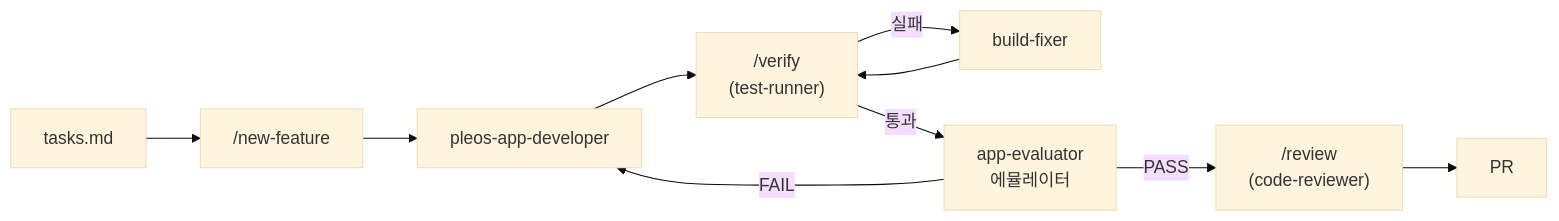
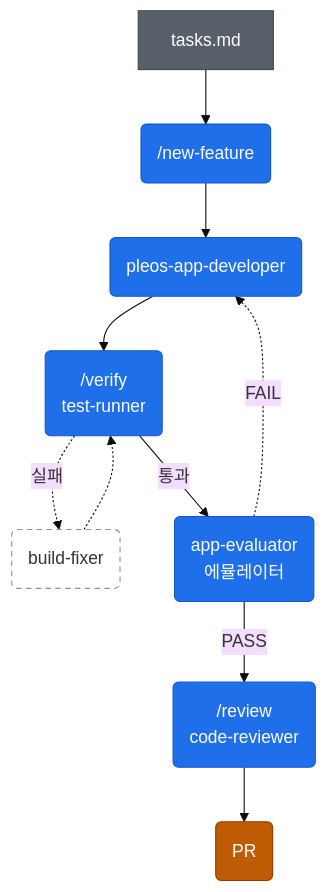
The diagram in .claude/README.md (JoisFe/deja-vroom), drawn with Mermaid (base theme) before and after one commit. The commit also changed other lines of this file and 17 other files, not shown here.

First line of the commit message:
문서 다이어그램을 색·모양 규칙에 맞춰 다시 그리고 코드와 다른 설명 정리

````diff
--- a/.claude/README.md
+++ b/.claude/README.md
@@ -5,10 +7,17 @@
 ```mermaid
-flowchart LR
-    T["tasks.md"] --> NF["/new-feature"]
-    NF --> DEV["pleos-app-developer"]
-    DEV --> V["/verify<br/>(test-runner)"]
-    V -->|실패| BF["build-fixer"] --> V
-    V -->|통과| EV["app-evaluator<br/>에뮬레이터"]
-    EV -->|FAIL| DEV
-    EV -->|PASS| RV["/review<br/>(code-reviewer)"] --> PR["PR"]
+flowchart TB
+    T["tasks.md"]:::config --> NF("/new-feature"):::app
+    NF --> DEV("pleos-app-developer"):::app
+    DEV --> V("/verify<br/>test-runner"):::app
+    V -.->|"실패"| BF("build-fixer"):::plan
+    BF -.-> V
+    V -->|"통과"| EV("app-evaluator<br/>에뮬레이터"):::app
+    EV -.->|"FAIL"| DEV
+    EV -->|"PASS"| RV("/review<br/>code-reviewer"):::app
+    RV --> PR("PR"):::ext
+
+    classDef app fill:#1f6feb,stroke:#1158c7,color:#ffffff
+    classDef ext fill:#bf5b04,stroke:#953800,color:#ffffff
+    classDef config fill:#57606a,stroke:#424a53,color:#ffffff
+    classDef plan fill:none,stroke:#8b949e,stroke-dasharray:5 4
 ```
````
